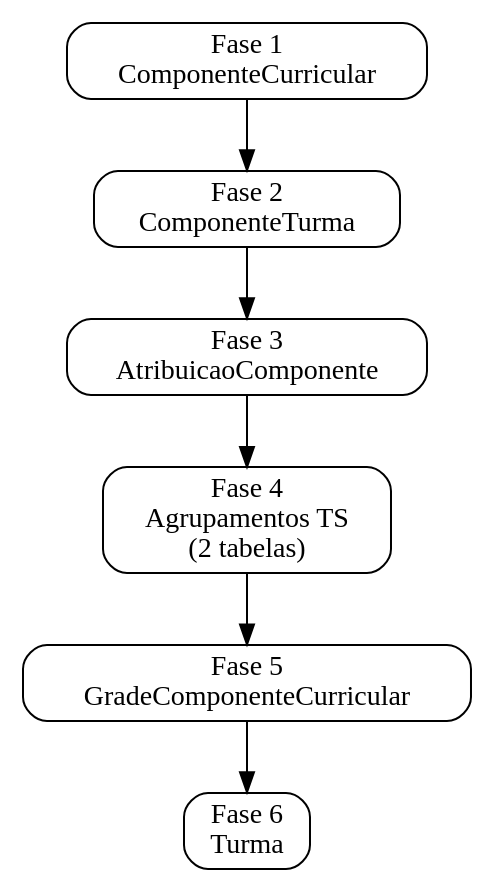
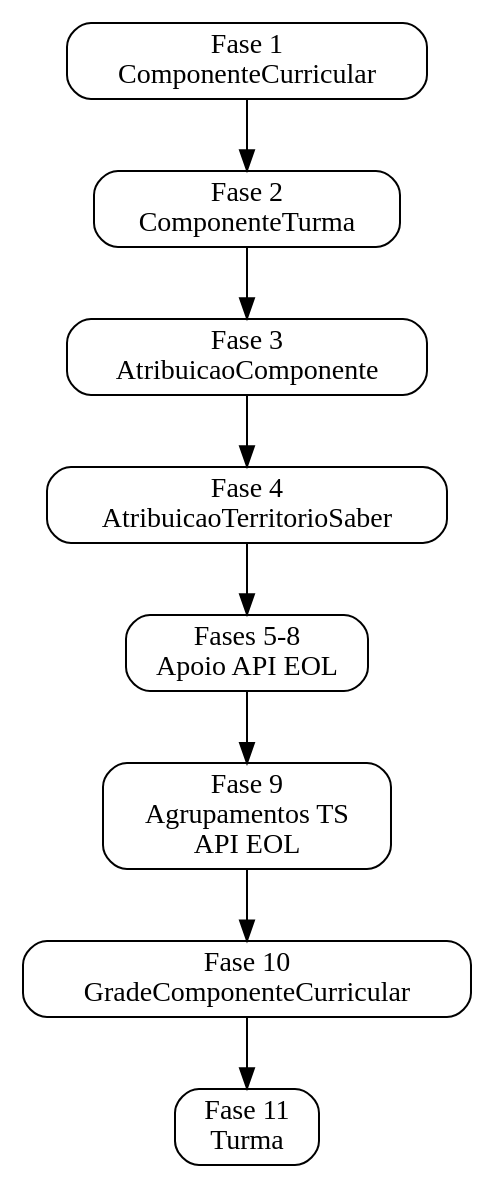
The diagram in docs/dominios/pedagogico/visao_geral.md (prefeiturasp/SME-IntegracaoEOL-MS-ETL), drawn with Graphviz before and after one commit. The commit also changed other lines of this file and 10 other files, not shown here.

Commit message:
docs(150928): atualiza documentacao de territorio do saber

````diff
--- a/docs/dominios/pedagogico/visao_geral.md
+++ b/docs/dominios/pedagogico/visao_geral.md
@@ -91,15 +110,17 @@
 ```{graphviz}
 digraph G {
     rankdir=TB;
     node [shape=box, style="rounded"];
 
     F1 [label="Fase 1\nComponenteCurricular"];
     F2 [label="Fase 2\nComponenteTurma"];
     F3 [label="Fase 3\nAtribuicaoComponente"];
-    F4 [label="Fase 4\nAgrupamentos TS\n(2 tabelas)"];
-    F5 [label="Fase 5\nGradeComponenteCurricular"];
-    F6 [label="Fase 6\nTurma"];
+    F4 [label="Fase 4\nAtribuicaoTerritorioSaber"];
+    F5 [label="Fases 5-8\nApoio API EOL"];
+    F9 [label="Fase 9\nAgrupamentos TS\nAPI EOL"];
+    F10 [label="Fase 10\nGradeComponenteCurricular"];
+    F11 [label="Fase 11\nTurma"];
 
-    F1 -> F2 -> F3 -> F4 -> F5 -> F6;
+    F1 -> F2 -> F3 -> F4 -> F5 -> F9 -> F10 -> F11;
 }
 ```
````
